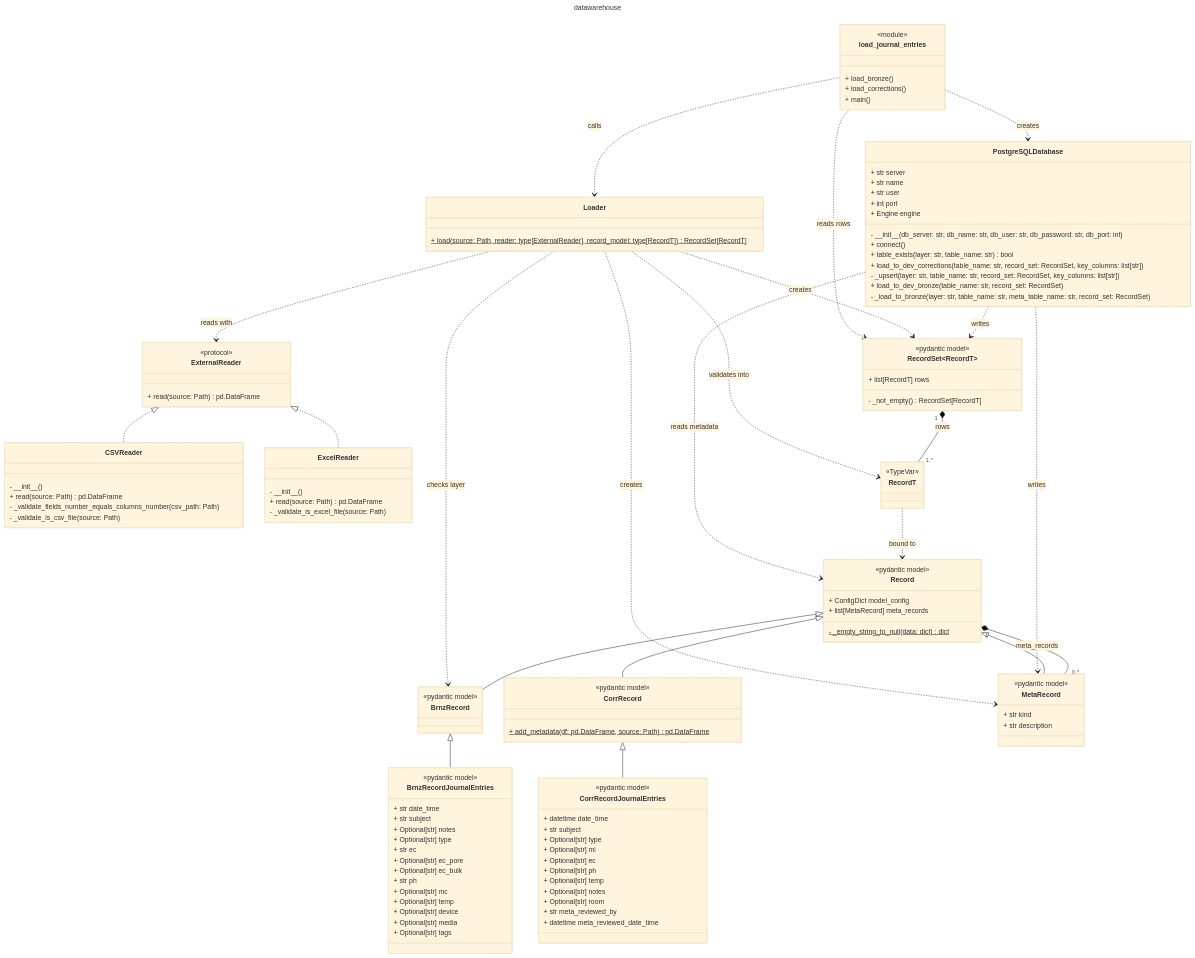
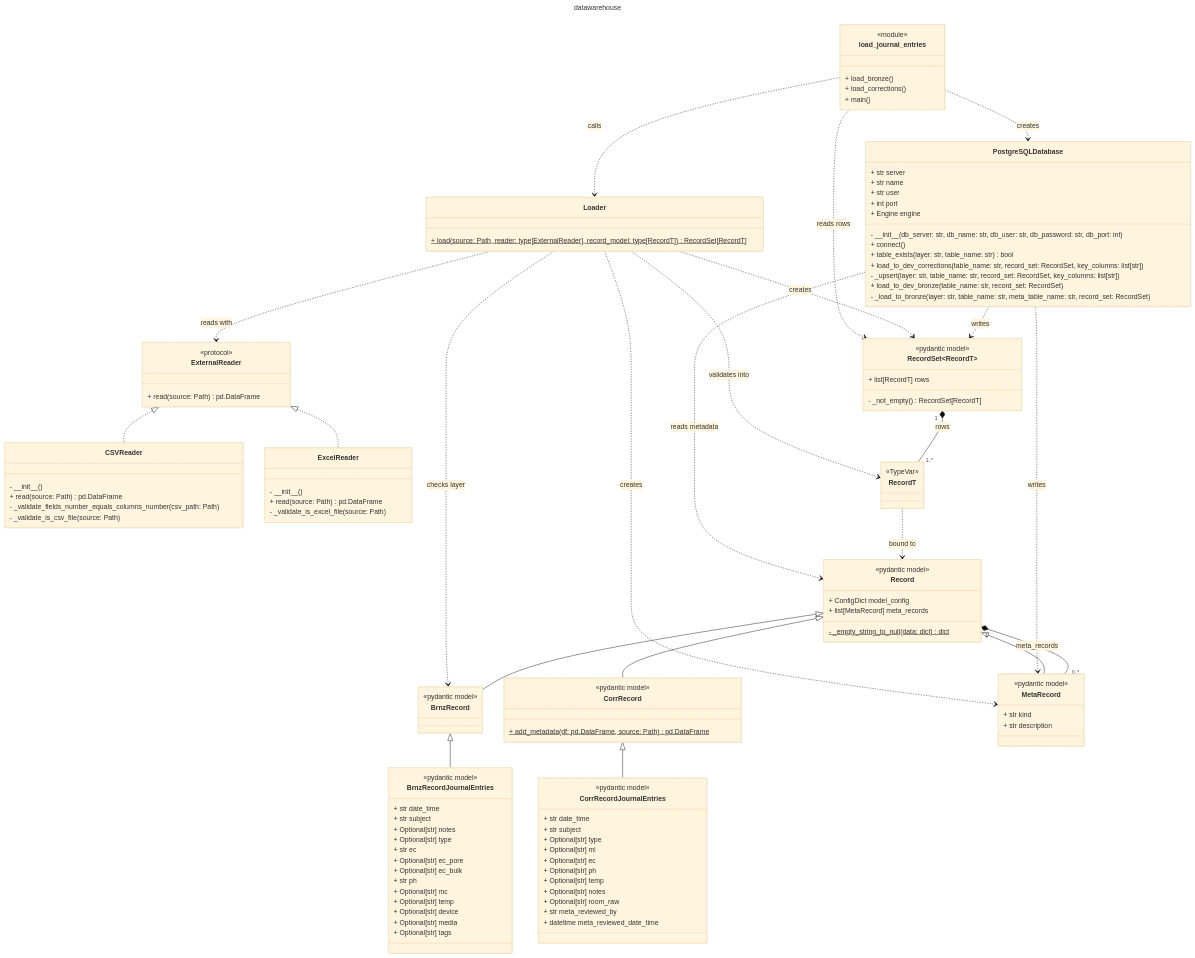
One commit to le1douglas/DataWarehouse changed the diagram in docs/CLASS_DIAGRAM.md. Above: the diagram before and after it, drawn with Mermaid (base theme). The commit also changed 18 other files, not shown here.

```diff
--- a/docs/CLASS_DIAGRAM.md
+++ b/docs/CLASS_DIAGRAM.md
@@ -104,7 +104,7 @@
 
     class CorrRecordJournalEntries {
         <<pydantic model>>
-        + datetime date_time
+        + str date_time
         + str subject
         + Optional[str] type
         + Optional[str] ml
@@ -112,7 +112,7 @@
         + Optional[str] ph
         + Optional[str] temp
         + Optional[str] notes
-        + Optional[str] room
+        + Optional[str] room_raw
         + str meta_reviewed_by
         + datetime meta_reviewed_date_time
     }
```
